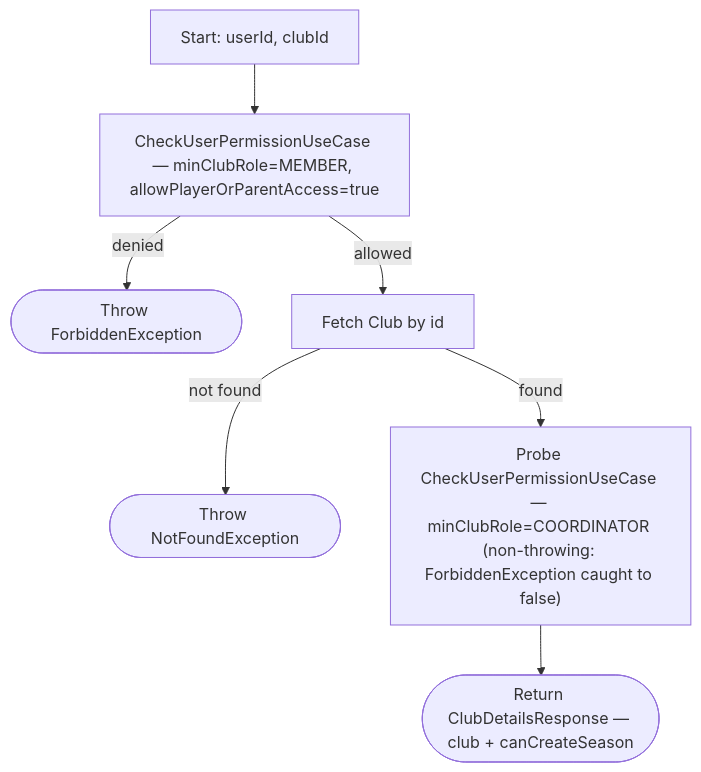
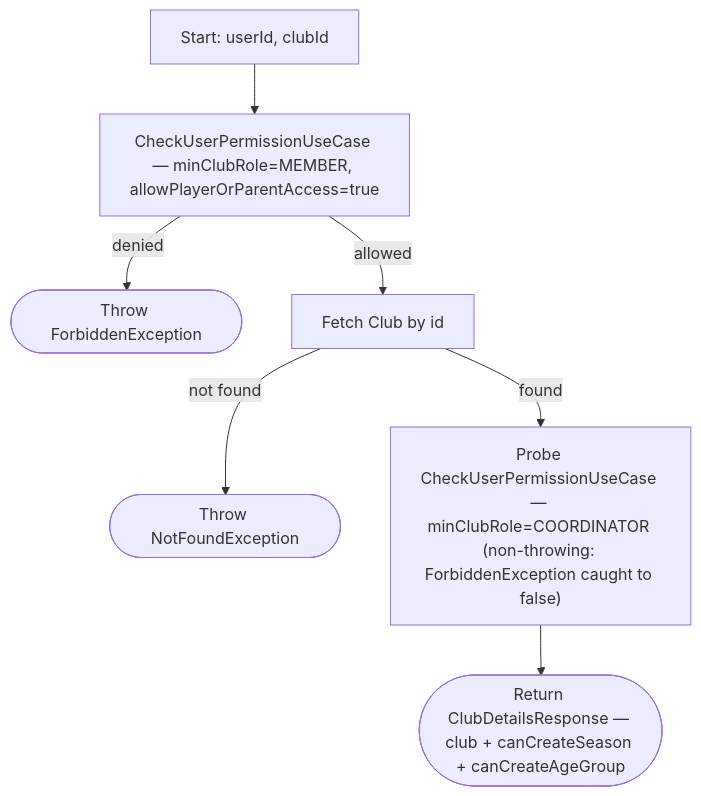
One commit to ricardofrango/squadify changed the tenth of 36 diagrams in PROCESS_FLOWS.md. Above: the diagram before and after it, drawn with Mermaid. The commit also changed other lines of this file and 27 other files, not shown here.

First line of the commit message:
Add the "no age groups" empty state and the Create Age Groups screen

````diff
--- a/PROCESS_FLOWS.md
+++ b/PROCESS_FLOWS.md
@@ -206,9 +206,9 @@
 ```mermaid
 graph TD
     A[Start: userId, clubId] --> B[CheckUserPermissionUseCase — minClubRole=MEMBER, allowPlayerOrParentAccess=true]
     B -- denied --> F(["Throw ForbiddenException"])
     B -- allowed --> C[Fetch Club by id]
     C -- not found --> N(["Throw NotFoundException"])
     C -- found --> D["Probe CheckUserPermissionUseCase — minClubRole=COORDINATOR (non-throwing: ForbiddenException caught to false)"]
-    D --> Z(["Return ClubDetailsResponse — club + canCreateSeason"])
+    D --> Z(["Return ClubDetailsResponse — club + canCreateSeason + canCreateAgeGroup"])
 ```
````
